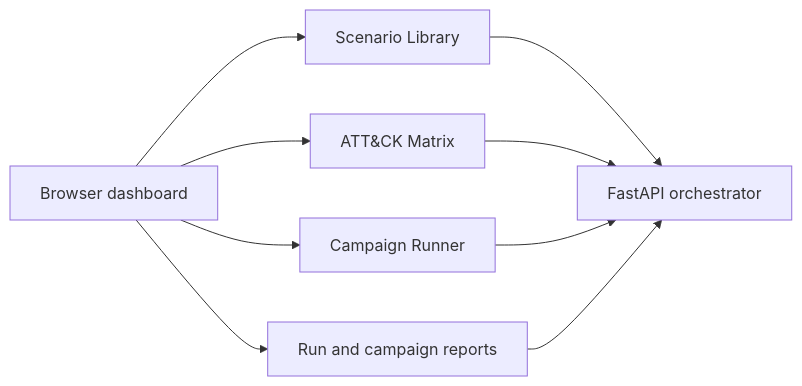
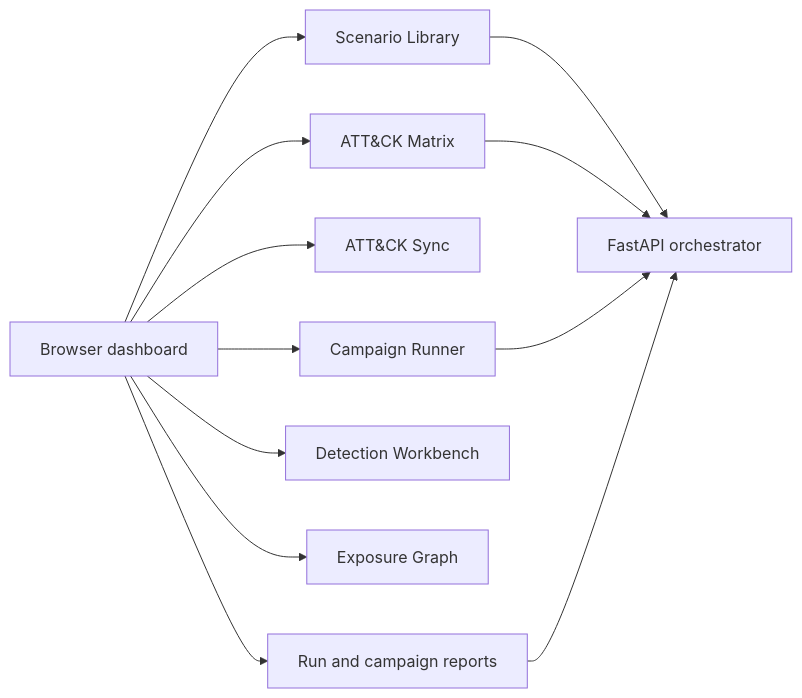
Before and after one commit to omarbabba779xx/APT-Simulator: the first of 5 diagrams in README.md, drawn with Mermaid. The commit also changed other lines of this file and 572 other files, not shown here.

````diff
--- a/README.md
+++ b/README.md
@@ -19,11 +19,14 @@
 ```mermaid
 flowchart LR
     Dashboard["Browser dashboard"] --> Library["Scenario Library"]
     Dashboard --> Matrix["ATT&CK Matrix"]
+    Dashboard --> Sync["ATT&CK Sync"]
     Dashboard --> Campaigns["Campaign Runner"]
+    Dashboard --> Workbench["Detection Workbench"]
+    Dashboard --> Exposure["Exposure Graph"]
     Dashboard --> Reports["Run and campaign reports"]
     Library --> API["FastAPI orchestrator"]
     Matrix --> API
     Campaigns --> API
     Reports --> API
 ```
````
